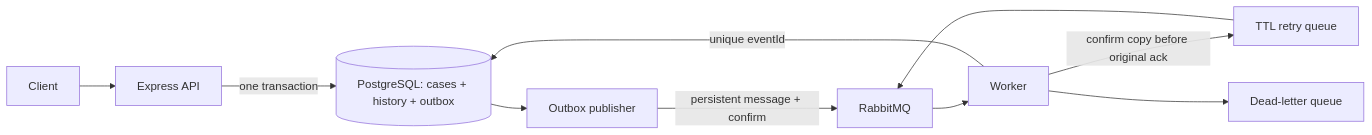
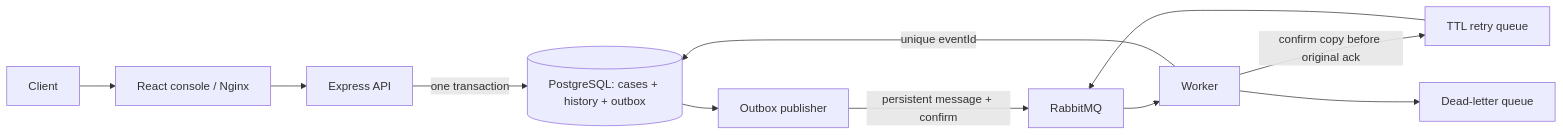
The diagram in README.md (willfragoso/carequeue), drawn with Mermaid before and after one commit. The commit also changed other lines of this file and 23 other files, not shown here.

Commit message:
feat: add React console for triage and reliability demonstrations

````diff
--- a/README.md
+++ b/README.md
@@ -15,12 +15,13 @@
 ```mermaid
 flowchart LR
-  Client --> API[Express API]
+  Client --> Frontend[React console / Nginx]
+  Frontend --> API[Express API]
   API -->|one transaction| DB[(PostgreSQL: cases + history + outbox)]
   DB --> Relay[Outbox publisher]
   Relay -->|persistent message + confirm| MQ[RabbitMQ]
   MQ --> Worker
   Worker -->|unique eventId| DB
   Worker -->|confirm copy before original ack| Retry[TTL retry queue]
   Retry --> MQ
   Worker --> DLQ[Dead-letter queue]
 ```
````
